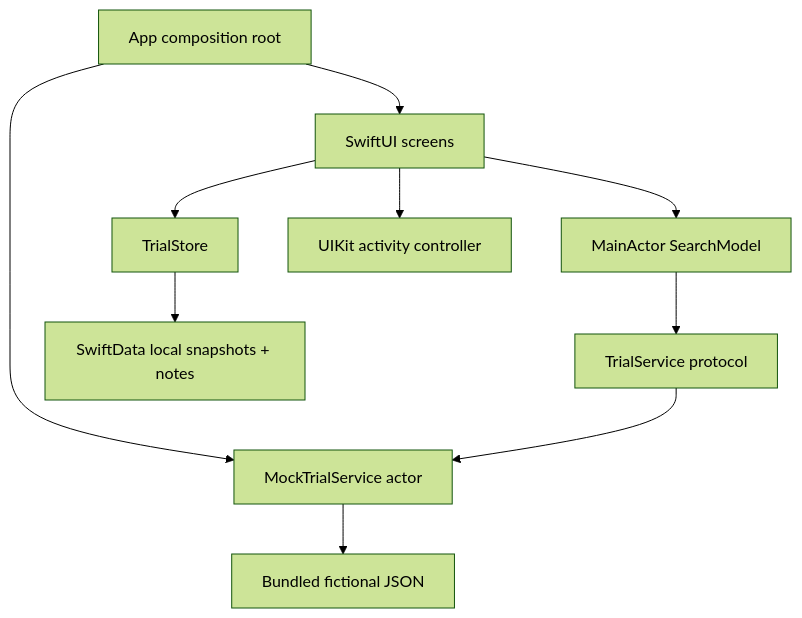
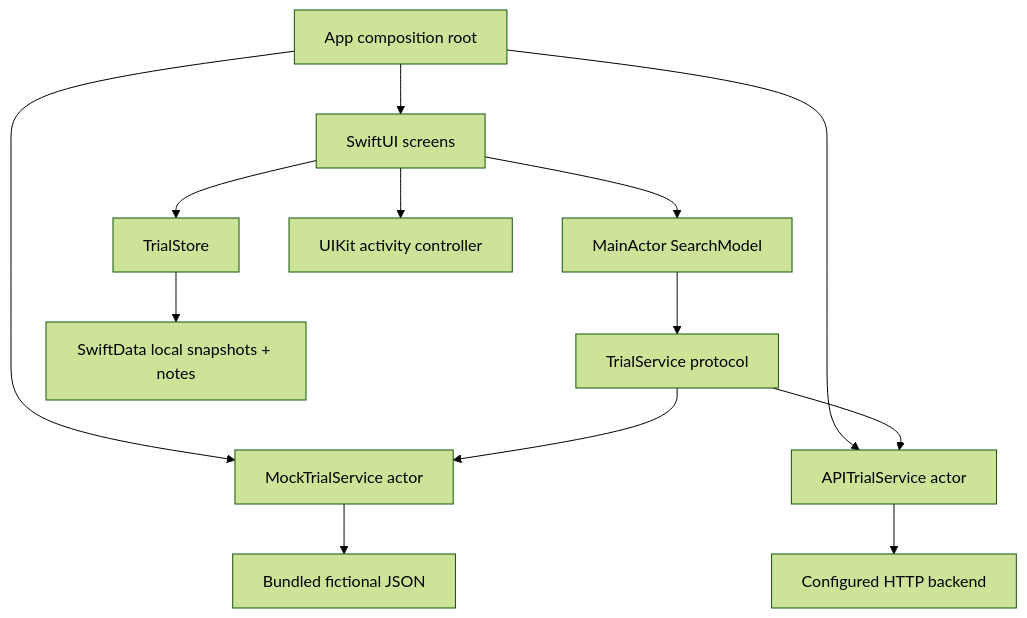
The diagram in docs/Architecture.md (ShashankC10/TrialScope), drawn with Mermaid (forest theme) before and after one commit. The commit also changed other lines of this file and 23 other files, not shown here.

````diff
--- a/docs/Architecture.md
+++ b/docs/Architecture.md
@@ -3,12 +3,15 @@
 ```mermaid
 flowchart TD
     App[App composition root] --> UI[SwiftUI screens]
+    App --> API[APITrialService actor]
     App --> Mock[MockTrialService actor]
     UI --> State[MainActor SearchModel]
     State --> Boundary[TrialService protocol]
     Boundary --> Mock
+    Boundary --> API
+    API --> Server[Configured HTTP backend]
     Mock --> Fixtures[Bundled fictional JSON]
     UI --> Store[TrialStore]
     Store --> Data[SwiftData local snapshots + notes]
     UI --> Share[UIKit activity controller]
 ```
````
